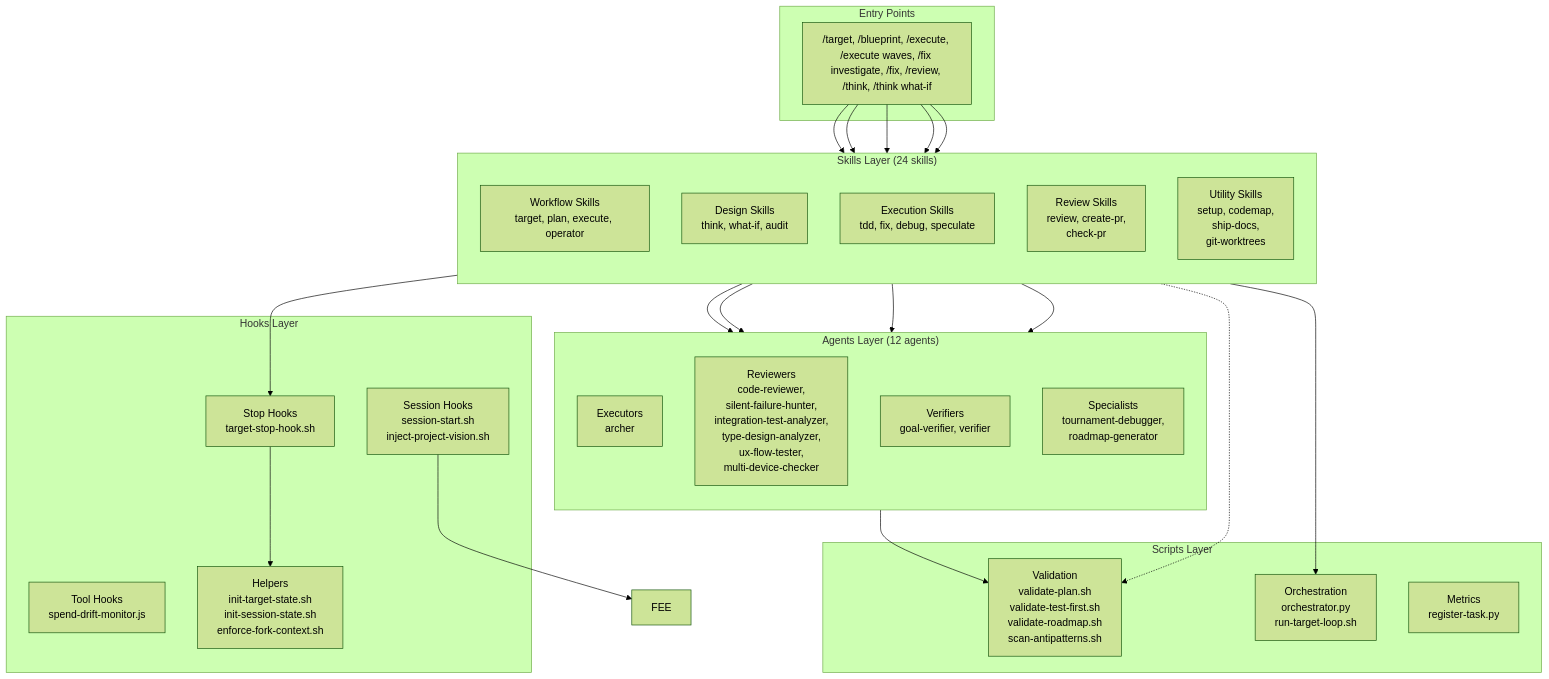
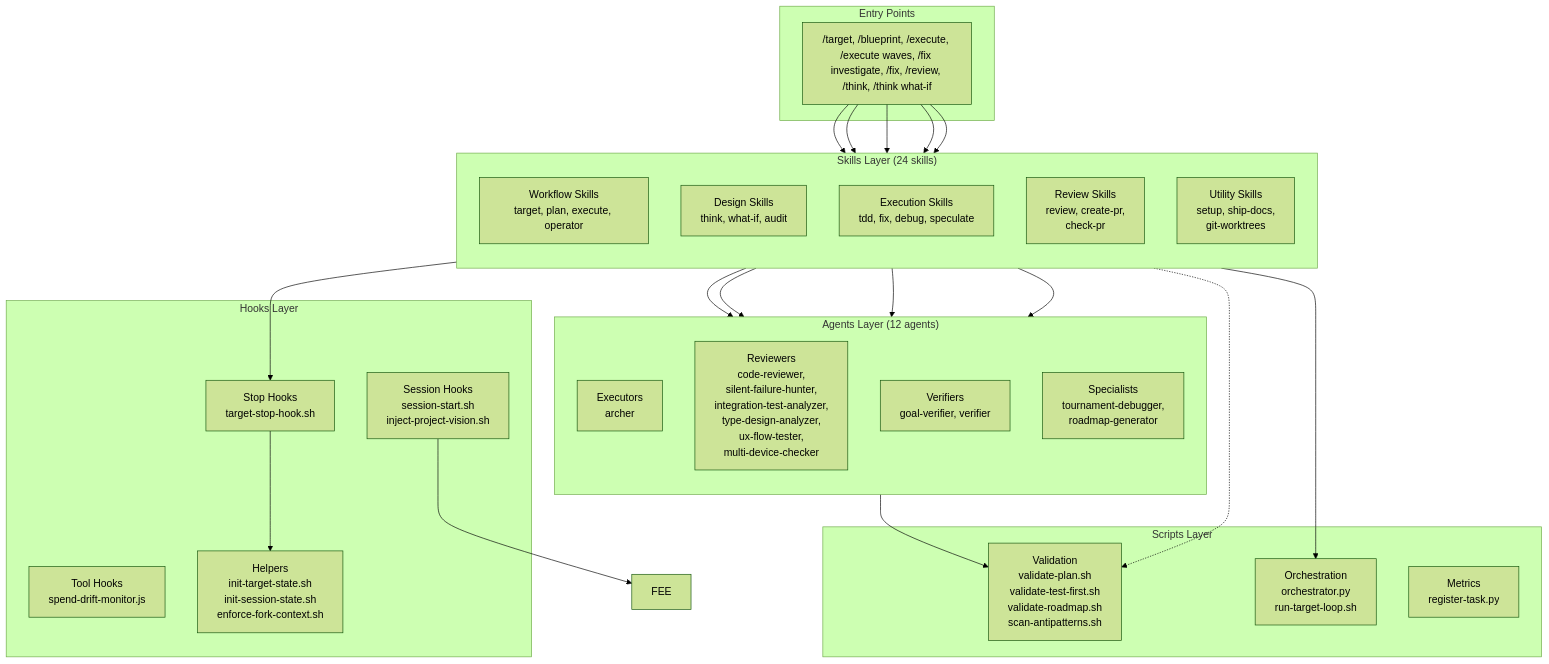
Before and after one commit to bllshttng/fno: the first of 6 diagrams in docs/system-architecture.md, drawn with Mermaid (forest theme). The commit also changed other lines of this file and 196 other files, not shown here.

````diff
--- a/docs/system-architecture.md
+++ b/docs/system-architecture.md
@@ -42,55 +42,55 @@
 ```mermaid
 graph TB
     subgraph "Entry Points"
         CMD["/target, /blueprint, /execute, /execute waves, /fix investigate, /fix, /review, /think, /think what-if"]
     end
 
     subgraph "Skills Layer (24 skills)"
         direction TB
         WF["Workflow Skills<br/>target, plan, execute, operator"]
         DS["Design Skills<br/>think, what-if, audit"]
         EX["Execution Skills<br/>tdd, fix, debug, speculate"]
         RV["Review Skills<br/>review, create-pr,<br/>check-pr"]
-        UT["Utility Skills<br/>setup, codemap,<br/>ship-docs,<br/>git-worktrees"]
+        UT["Utility Skills<br/>setup, ship-docs,<br/>git-worktrees"]
     end
 
     subgraph "Agents Layer (12 agents)"
         direction TB
         EXEC["Executors<br/>archer"]
         REV["Reviewers<br/>code-reviewer,<br/>silent-failure-hunter,<br/>integration-test-analyzer,<br/>type-design-analyzer,<br/>ux-flow-tester,<br/>multi-device-checker"]
         VER["Verifiers<br/>goal-verifier, verifier"]
         SPEC["Specialists<br/>tournament-debugger,<br/>roadmap-generator"]
     end
 
     subgraph "Hooks Layer"
         STOP["Stop Hooks<br/>target-stop-hook.sh"]
         SESS["Session Hooks<br/>session-start.sh<br/>inject-project-vision.sh"]
         TOOL["Tool Hooks<br/>spend-drift-monitor.js"]
         HELP["Helpers<br/>init-target-state.sh<br/>init-session-state.sh<br/>enforce-fork-context.sh"]
     end
 
     subgraph "Scripts Layer"
         VAL["Validation<br/>validate-plan.sh<br/>validate-test-first.sh<br/>validate-roadmap.sh<br/>scan-antipatterns.sh"]
         ORC["Orchestration<br/>orchestrator.py<br/>run-target-loop.sh"]
         MET["Metrics<br/>register-task.py"]
     end
 
     CMD --> WF
     CMD --> DS
     CMD --> EX
     CMD --> RV
     CMD --> UT
 
     WF --> EXEC
     WF --> VER
     RV --> REV
     EX --> EXEC
     DS -.-> VAL
 
     WF --> ORC
     WF --> STOP
     SESS --> FEE
     STOP --> HELP
 
     EXEC --> VAL
 ```
````
